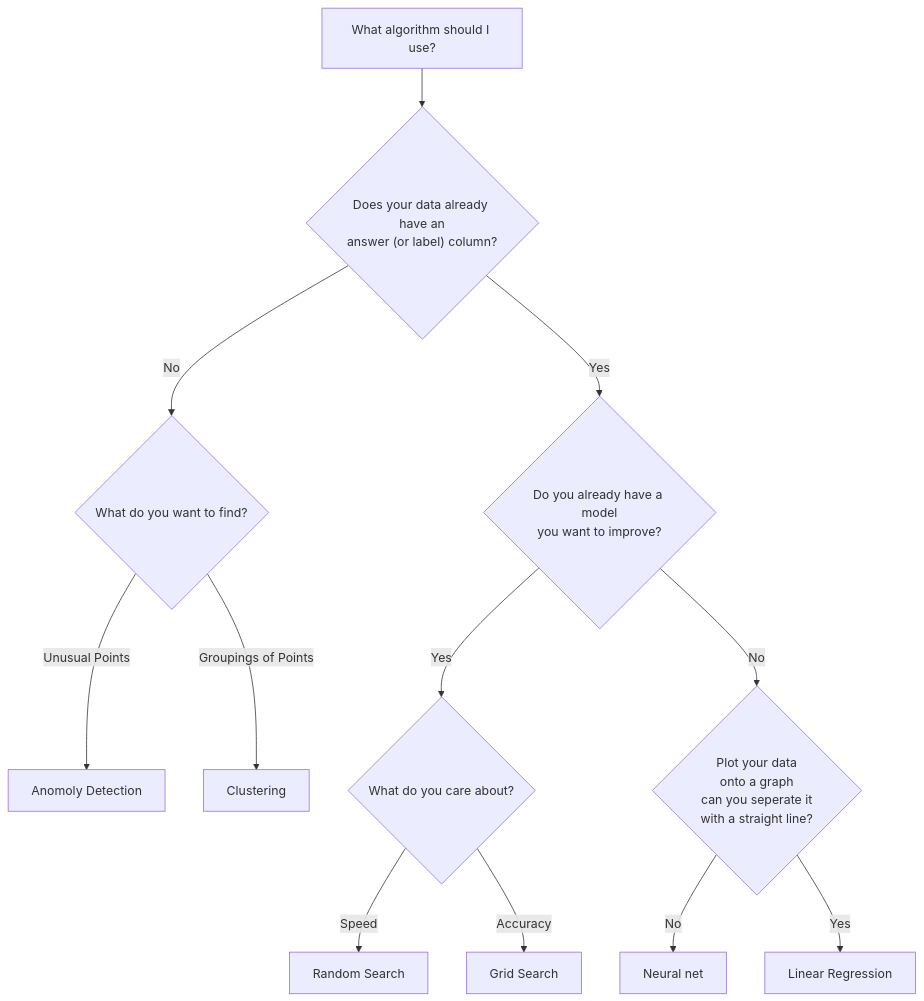
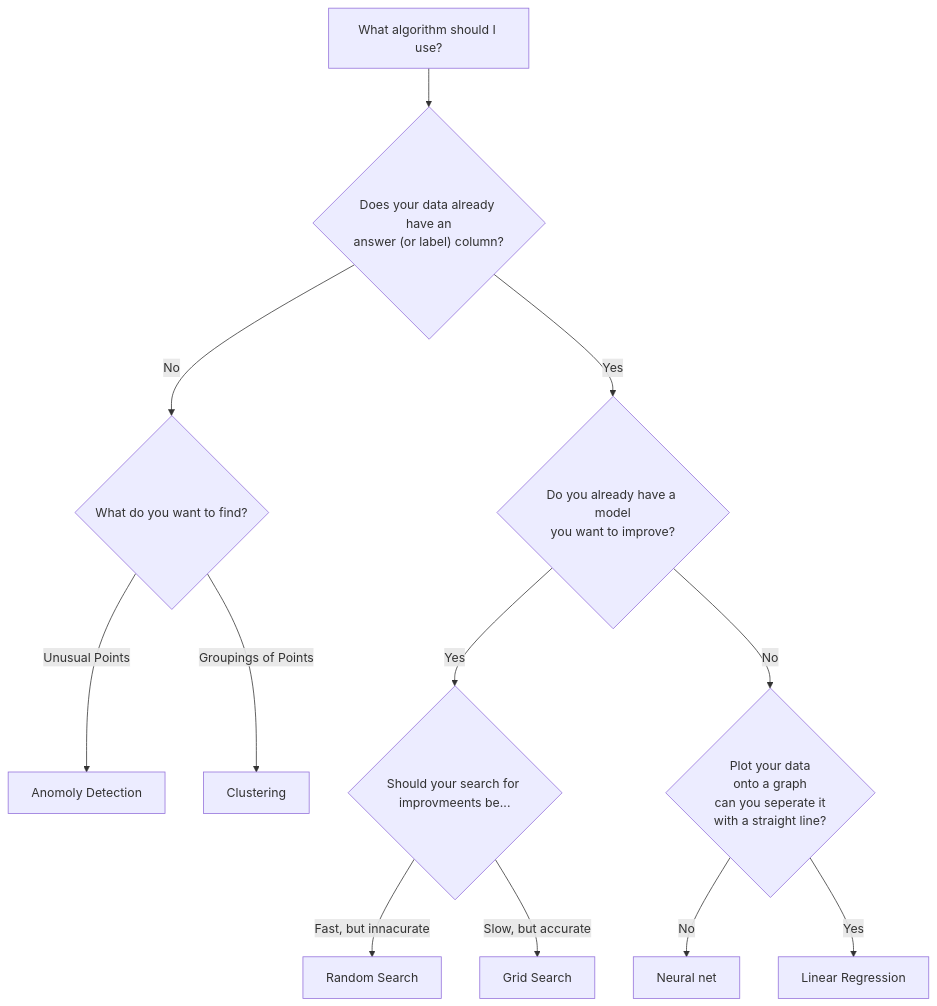
One commit to armakuni/neuralnet-cheat-sheet changed the first of 4 diagrams in README.md. Above: the diagram before and after it, drawn with Mermaid.

Commit message:
fix: Improve grid search description

````diff
--- a/README.md
+++ b/README.md
@@ -12,14 +12,14 @@
 ```mermaid
 graph TD
     START[What algorithm should I use?] --> LABEL{"Does your data already have an<br />answer (or label) column?"}
     LABEL -->|No| POINTS{"What do you want to find?"}
     POINTS -->|Unusual Points| ANO[Anomoly Detection]
     POINTS -->|Groupings of Points| CLUSTERING[Clustering]
     LABEL -->|Yes| IMPROVE{"Do you already have a model<br />you want to improve?"}
-    IMPROVE -->|"Yes"| CARE{"What do you care about?"}
-    CARE -->|Speed| SPEED[Random Search]
-    CARE -->|Accuracy| ACC[Grid Search]
+    IMPROVE -->|"Yes"| CARE{"Should your search for improvmeents be..."}
+    CARE -->|Fast, but innacurate| SPEED[Random Search]
+    CARE -->|Slow, but accurate| ACC[Grid Search]
     IMPROVE -->|"No"| LINEAR{"Plot your data<br />onto a graph<br />can you seperate it<br />with a straight line?"}
     LINEAR -->|"No"| NN["Neural net"]
     LINEAR -->|"Yes"| LR["Linear Regression"]
 ```
````
